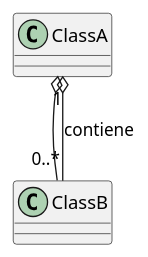
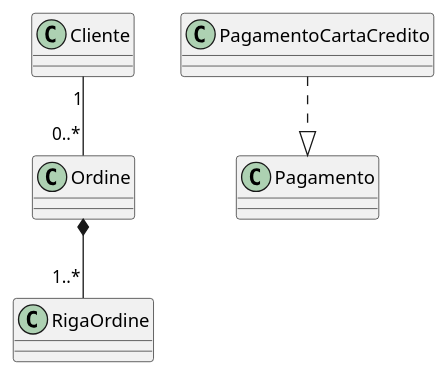
Before and after one commit to Seniorsimo/sas-template: the third of 3 diagrams in 04-structural-diagrams/class-diagrams/INSTRUCTIONS.md, drawn with PlantUML. The commit also changed other lines of this file and 9 other files, not shown here.

Commit message:
Refactor diagram instructions and templates

````diff
--- a/04-structural-diagrams/class-diagrams/INSTRUCTIONS.md
+++ b/04-structural-diagrams/class-diagrams/INSTRUCTIONS.md
@@ -80,4 +51,5 @@
-```plantuml
-ClassA o-- ClassB
-ClassA "1" o-- "0..*" ClassB : "contiene"
-```
+    ```plantuml
+    Cliente "1" -- "0..*" Ordine
+    Ordine *-- "1..*" RigaOrdine
+    PagamentoCartaCredito ..|> Pagamento
+    ```
````
